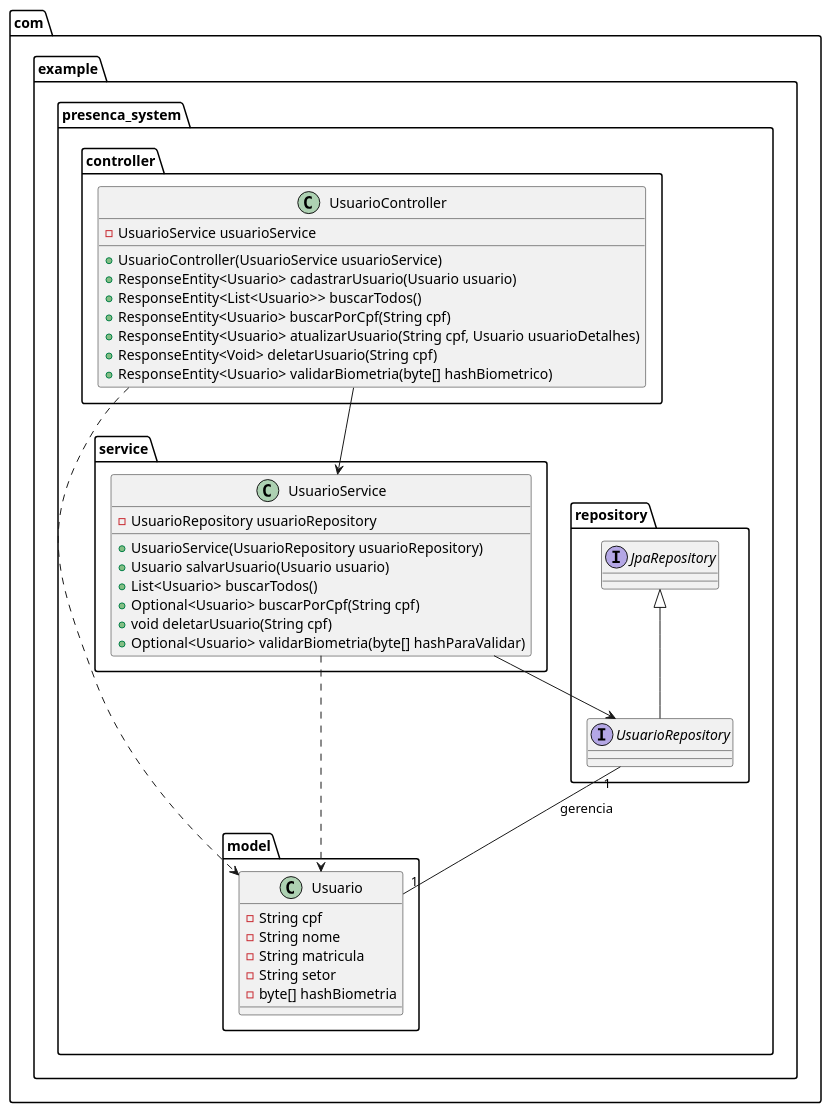
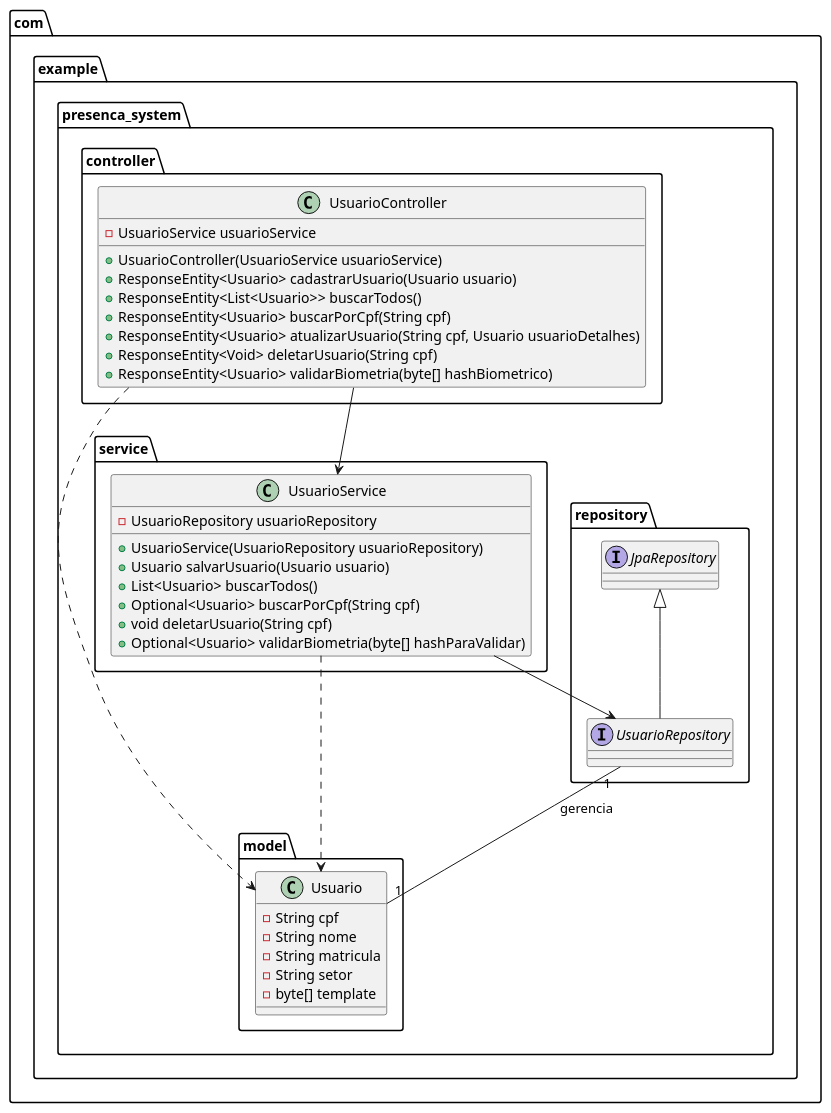
One commit to zerouacuca/sitema-controle-presenca changed the diagram in presenca-system/docs/DiagramaDeClasses.puml. Above: the diagram before and after it, drawn with PlantUML. The commit also changed 8 other files, not shown here.

Commit message:
"hashBiometria" muda para "template"

```diff
--- a/presenca-system/docs/DiagramaDeClasses.puml
+++ b/presenca-system/docs/DiagramaDeClasses.puml
@@ -1,51 +1,51 @@
 @startuml
 
 package com.example.presenca_system.model {
     class Usuario {
         - String cpf
         - String nome
         - String matricula
         - String setor
-        - byte[] hashBiometria
+        - byte[] template
     }
 }
 
 package com.example.presenca_system.repository {
     interface UsuarioRepository extends JpaRepository<Usuario, String> {
     }
 }
 
 package com.example.presenca_system.service {
     class UsuarioService {
         - UsuarioRepository usuarioRepository
         + UsuarioService(UsuarioRepository usuarioRepository)
         + Usuario salvarUsuario(Usuario usuario)
         + List<Usuario> buscarTodos()
         + Optional<Usuario> buscarPorCpf(String cpf)
         + void deletarUsuario(String cpf)
         + Optional<Usuario> validarBiometria(byte[] hashParaValidar)
     }
 }
 
 package com.example.presenca_system.controller {
     class UsuarioController {
         - UsuarioService usuarioService
         + UsuarioController(UsuarioService usuarioService)
         + ResponseEntity<Usuario> cadastrarUsuario(Usuario usuario)
         + ResponseEntity<List<Usuario>> buscarTodos()
         + ResponseEntity<Usuario> buscarPorCpf(String cpf)
         + ResponseEntity<Usuario> atualizarUsuario(String cpf, Usuario usuarioDetalhes)
         + ResponseEntity<Void> deletarUsuario(String cpf)
         + ResponseEntity<Usuario> validarBiometria(byte[] hashBiometrico)
     }
 }
 
 ' Relacionamentos
 UsuarioController --> UsuarioService
 UsuarioService --> UsuarioRepository
 UsuarioController ..> Usuario
 
 UsuarioRepository "1" -- "1" Usuario : "gerencia"
 UsuarioService ..> Usuario
 
 @enduml
```
